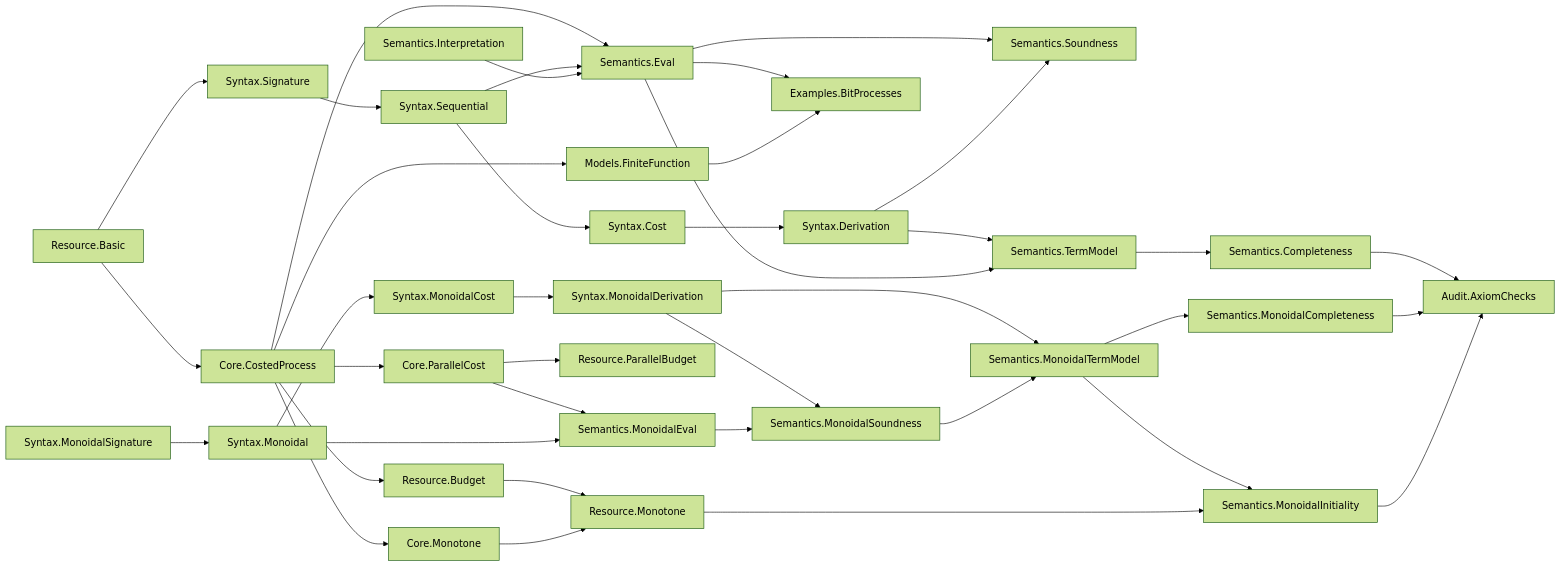
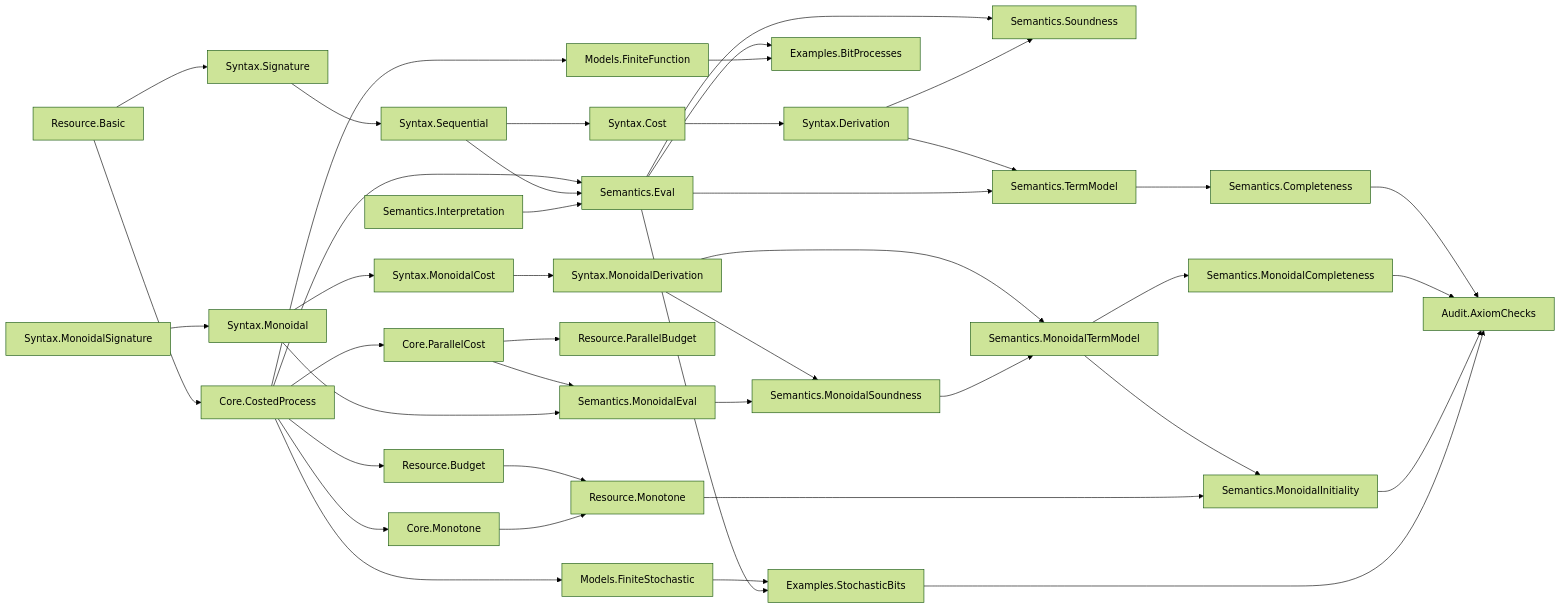
The diagram in BLUEPRINT.md (miuchan/ript), drawn with Mermaid (forest theme) before and after one commit. The commit also changed other lines of this file and 12 other files, not shown here.

Commit message:
Implement exact finite stochastic channels (#3)

````diff
--- a/BLUEPRINT.md
+++ b/BLUEPRINT.md
@@ -9,40 +9,44 @@
 ```mermaid
 flowchart LR
   Resource["Resource.Basic"] --> Costed["Core.CostedProcess"]
   Costed --> Budget["Resource.Budget"]
   Resource --> Signature["Syntax.Signature"]
   Signature --> Sequential["Syntax.Sequential"]
   Sequential --> Cost["Syntax.Cost"]
   Cost --> Derivation["Syntax.Derivation"]
   Costed --> Eval["Semantics.Eval"]
   Sequential --> Eval
   Interpretation["Semantics.Interpretation"] --> Eval
   Eval --> Soundness["Semantics.Soundness"]
   Derivation --> Soundness
   Derivation --> TermModel["Semantics.TermModel"]
   Eval --> TermModel
   TermModel --> Completeness["Semantics.Completeness"]
   Costed --> FiniteFunction["Models.FiniteFunction"]
   Eval --> BitProcesses["Examples.BitProcesses"]
   FiniteFunction --> BitProcesses["Examples.BitProcesses"]
   Completeness --> Audit["Audit.AxiomChecks"]
   Costed --> ParallelCost["Core.ParallelCost"]
   Costed --> Monotone["Core.Monotone"]
   Budget --> ResourceMonotone["Resource.Monotone"]
   Monotone --> ResourceMonotone
   ParallelCost --> ParallelBudget["Resource.ParallelBudget"]
   MonoidalSignature["Syntax.MonoidalSignature"] --> MonoidalExpr["Syntax.Monoidal"]
   MonoidalExpr --> MonoidalCost["Syntax.MonoidalCost"]
   MonoidalCost --> MonoidalDerivation["Syntax.MonoidalDerivation"]
   ParallelCost --> MonoidalEval["Semantics.MonoidalEval"]
   MonoidalExpr --> MonoidalEval
   MonoidalDerivation --> MonoidalSoundness["Semantics.MonoidalSoundness"]
   MonoidalEval --> MonoidalSoundness
   MonoidalDerivation --> MonoidalTermModel["Semantics.MonoidalTermModel"]
   MonoidalSoundness --> MonoidalTermModel
   MonoidalTermModel --> MonoidalCompleteness["Semantics.MonoidalCompleteness"]
   MonoidalTermModel --> MonoidalInitiality["Semantics.MonoidalInitiality"]
   ResourceMonotone --> MonoidalInitiality
   MonoidalCompleteness --> Audit
   MonoidalInitiality --> Audit
+  Costed --> FiniteStochastic["Models.FiniteStochastic"]
+  FiniteStochastic --> StochasticBits["Examples.StochasticBits"]
+  Eval --> StochasticBits
+  StochasticBits --> Audit
 ```
````
